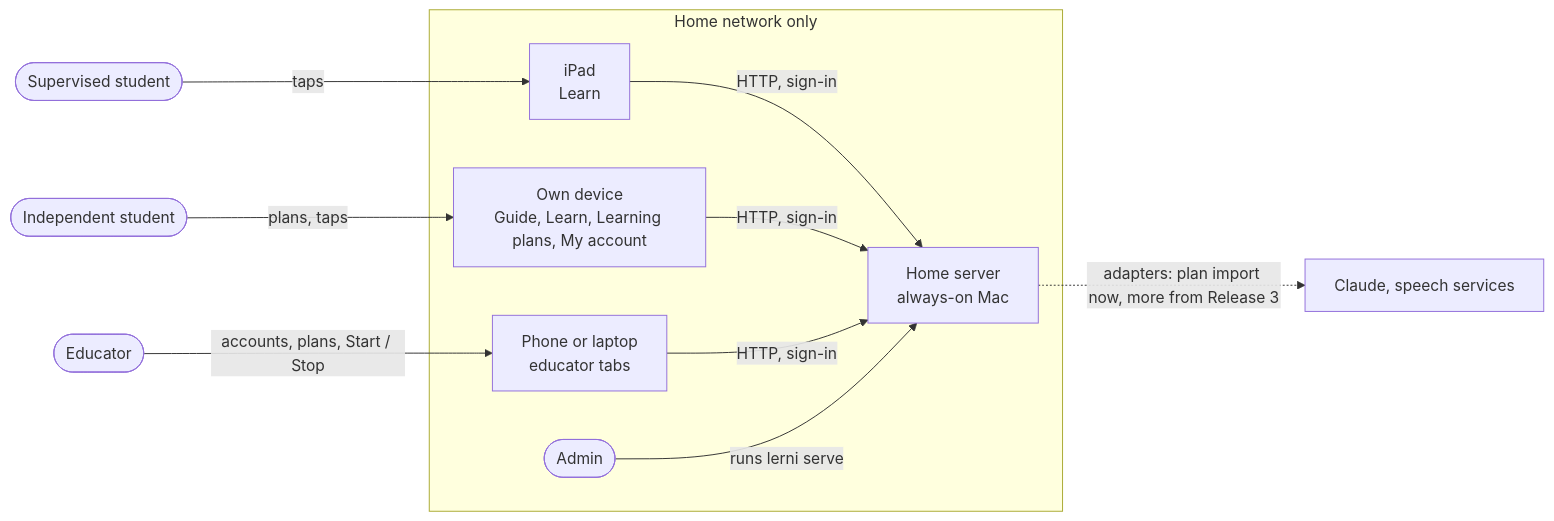
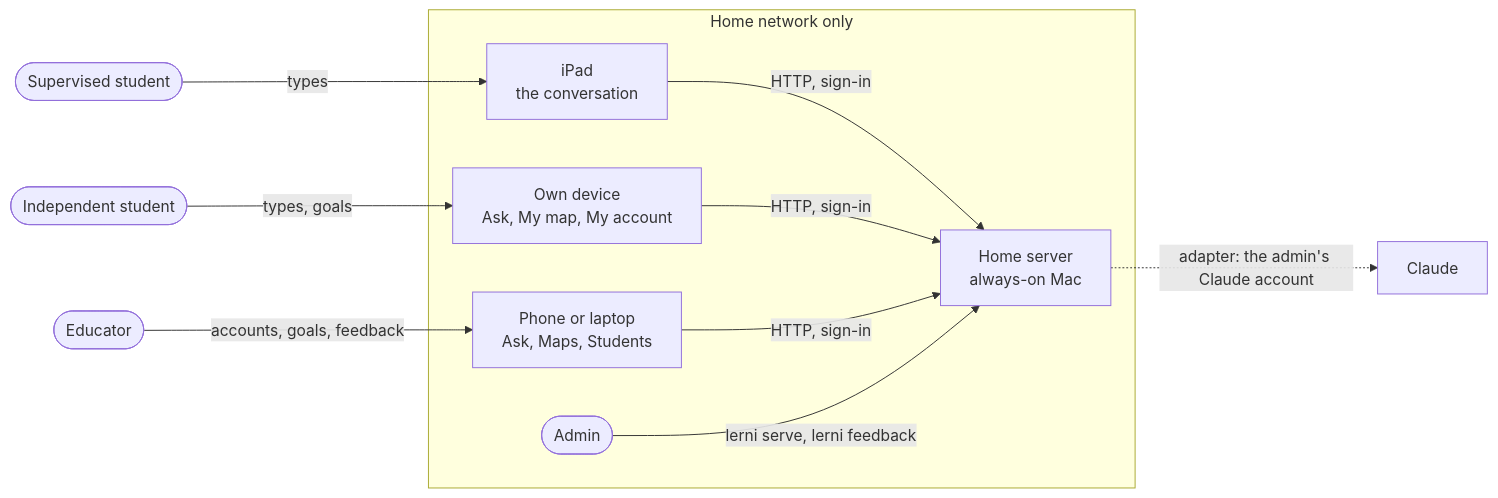
The first of 2 diagrams in docs/ARCHITECTURE.md (torenunez/lerni), drawn with Mermaid before and after one commit. The commit also changed other lines of this file and 13 other files, not shown here.

First line of the commit message:
Docs: the interest map replaces cards, plans, and approvals

````diff
--- a/docs/ARCHITECTURE.md
+++ b/docs/ARCHITECTURE.md
@@ -21,14 +20,13 @@
 ```mermaid
 flowchart LR
-    student([Supervised student]) -- "taps" --> ipad["iPad<br/>Learn"]
-    indep([Independent student]) -- "plans, taps" --> idev["Own device<br/>Guide, Learn, Learning plans, My account"]
-    educator([Educator]) -- "accounts, plans, Start / Stop" --> edev["Phone or laptop<br/>educator tabs"]
+    student([Supervised student]) -- "types" --> ipad["iPad<br/>the conversation"]
+    indep([Independent student]) -- "types, goals" --> idev["Own device<br/>Ask, My map, My account"]
+    educator([Educator]) -- "accounts, goals, feedback" --> edev["Phone or laptop<br/>Ask, Maps, Students"]
     subgraph home[Home network only]
         ipad -- "HTTP, sign-in" --> server["Home server<br/>always-on Mac"]
         idev -- "HTTP, sign-in" --> server
         edev -- "HTTP, sign-in" --> server
-        admin([Admin]) -- "runs lerni serve" --> server
+        admin([Admin]) -- "lerni serve, lerni feedback" --> server
     end
-
-    server -. "adapters: plan import now, more from Release 3" .-> ai[Claude, speech services]
+    server -. "adapter: the admin's Claude account" .-> ai[Claude]
 ```
````
